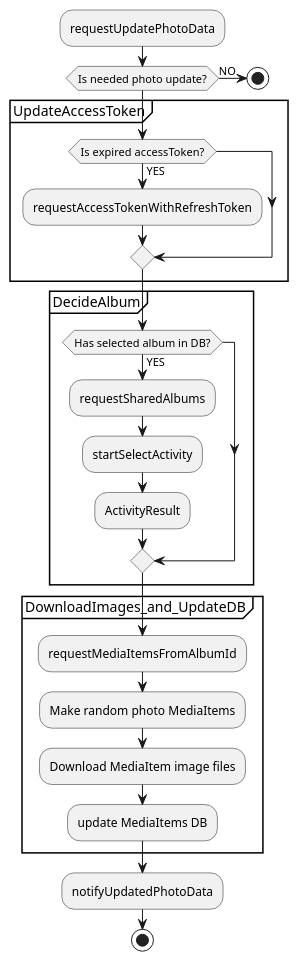
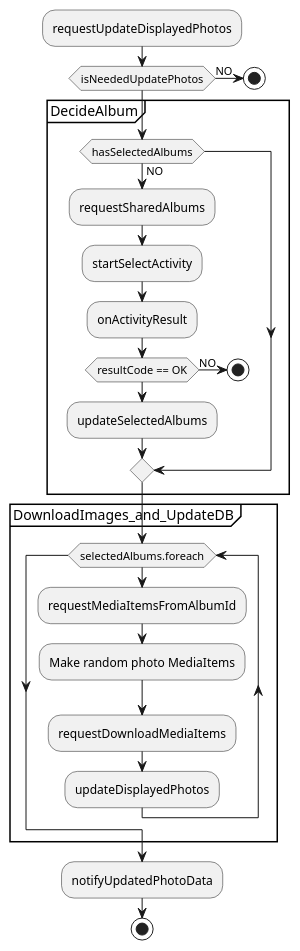
One commit to sallyluenoa/PhotoSlideShow changed the diagram in uml/main/activity_diagram_main_bk.md. Above: the diagram before and after it, drawn with PlantUML. The commit also changed 3 other files, not shown here.

First line of the commit message:
Write UML for design #13

```diff
--- a/uml/main/activity_diagram_main_bk.md
+++ b/uml/main/activity_diagram_main_bk.md
@@ -1,31 +1,33 @@
 @startuml
-:requestUpdatePhotoData;
+:requestUpdateDisplayedPhotos;
 
-if (Is needed photo update?) then (NO)
+if (isNeededUpdatePhotos) then (NO)
   stop
 endif
 
-partition UpdateAccessToken {
-  if (Is expired accessToken?) then (YES)
-    :requestAccessTokenWithRefreshToken;
-  endif
-}
-
 partition DecideAlbum {
-  if (Has selected album in DB?) then (YES)
+  if (hasSelectedAlbums) then (NO)
     :requestSharedAlbums;
     :startSelectActivity;
-    :ActivityResult;
+    :onActivityResult;
+
+    if (resultCode == OK) then (NO)
+      stop
+    endif
+
+    :updateSelectedAlbums;
   endif
 }
 
 partition DownloadImages_and_UpdateDB {
-  :requestMediaItemsFromAlbumId;
-  :Make random photo MediaItems;
-  :Download MediaItem image files;
-  :update MediaItems DB;
+  while (selectedAlbums.foreach)
+    :requestMediaItemsFromAlbumId;
+    :Make random photo MediaItems;
+    :requestDownloadMediaItems;
+    :updateDisplayedPhotos;
+  end while
 }
 
 :notifyUpdatedPhotoData;
 stop
 @enduml
```
